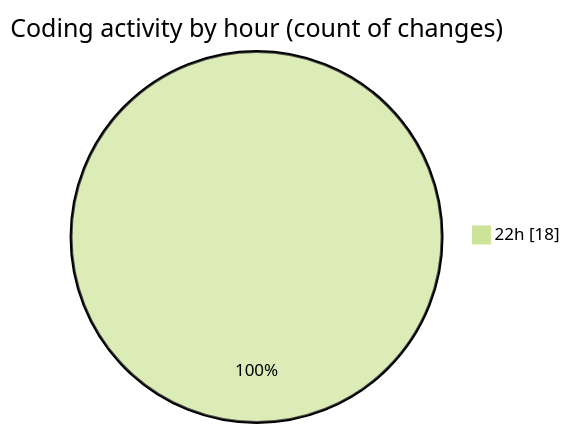
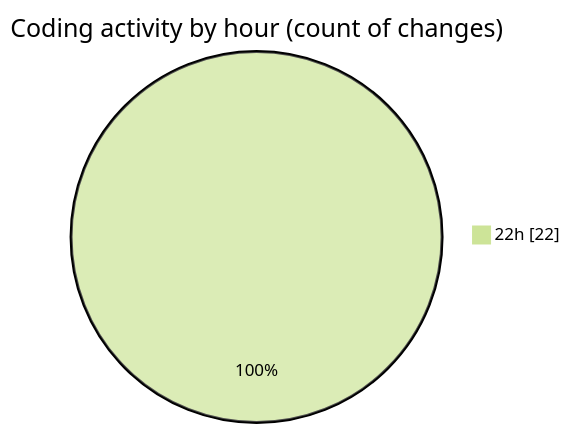
Before and after one commit to MatusMokan/code-tracking: the second of 2 diagrams in 2025-06-02/myws__workspace_/README.md, drawn with Mermaid (forest theme). The commit also changed other lines of this file and 1 other file, not shown here.

````diff
--- a/2025-06-02/myws__workspace_/README.md
+++ b/2025-06-02/myws__workspace_/README.md
@@ -28,5 +28,5 @@
 ```mermaid
 pie showData
 title Coding activity by hour (count of changes)
-"22h" : 18
+"22h" : 22
 ```
````
